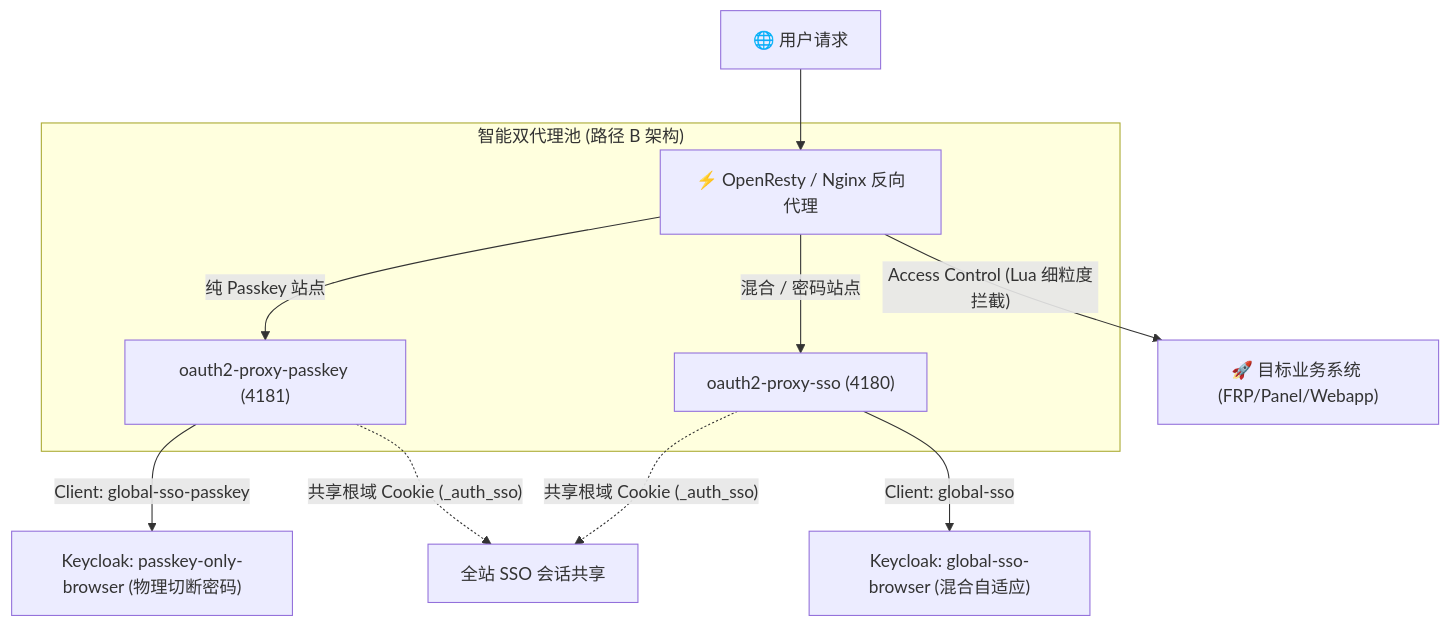
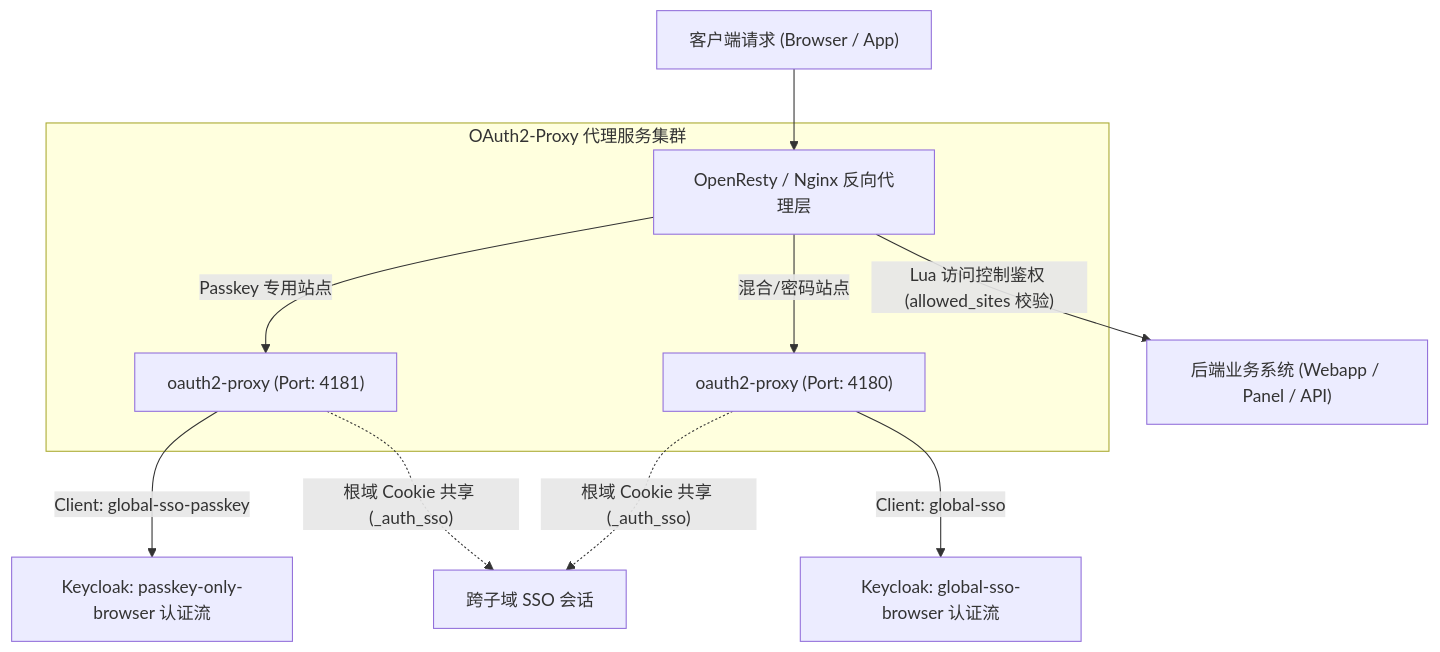
The diagram in README.md (Level6me/keycloak-auth-manager), drawn with Mermaid before and after one commit. The commit also changed other lines of this file and 6 other files, not shown here.

````diff
--- a/README.md
+++ b/README.md
@@ -25,17 +27,17 @@
 ```mermaid
 graph TD
-    User["🌐 用户请求"] --> Nginx["⚡ OpenResty / Nginx 反向代理"]
+    User["客户端请求 (Browser / App)"] --> Nginx["OpenResty / Nginx 反向代理层"]
     
-    subgraph SSO_Routing ["智能双代理池 (路径 B 架构)"]
-        Nginx -->|"纯 Passkey 站点"| ProxyPK["oauth2-proxy-passkey (4181)"]
-        Nginx -->|"混合 / 密码站点"| ProxyHybrid["oauth2-proxy-sso (4180)"]
+    subgraph SSO_Routing ["OAuth2-Proxy 代理服务集群"]
+        Nginx -->|"Passkey 专用站点"| ProxyPK["oauth2-proxy (Port: 4181)"]
+        Nginx -->|"混合/密码站点"| ProxyHybrid["oauth2-proxy (Port: 4180)"]
     end
     
-    ProxyPK -->|"Client: global-sso-passkey"| KC_PK["Keycloak: passkey-only-browser (物理切断密码)"]
-    ProxyHybrid -->|"Client: global-sso"| KC_Hybrid["Keycloak: global-sso-browser (混合自适应)"]
+    ProxyPK -->|"Client: global-sso-passkey"| KC_PK["Keycloak: passkey-only-browser 认证流"]
+    ProxyHybrid -->|"Client: global-sso"| KC_Hybrid["Keycloak: global-sso-browser 认证流"]
     
-    ProxyPK -. "共享根域 Cookie (_auth_sso)" .-> Session["全站 SSO 会话共享"]
-    ProxyHybrid -. "共享根域 Cookie (_auth_sso)" .-> Session
+    ProxyPK -. "根域 Cookie 共享 (_auth_sso)" .-> Session["跨子域 SSO 会话"]
+    ProxyHybrid -. "根域 Cookie 共享 (_auth_sso)" .-> Session
     
-    Nginx -->|"Access Control (Lua 细粒度拦截)"| Backend["🚀 目标业务系统 (FRP/Panel/Webapp)"]
+    Nginx -->|"Lua 访问控制鉴权 (allowed_sites 校验)"| Backend["后端业务系统 (Webapp / Panel / API)"]
 ```
````
